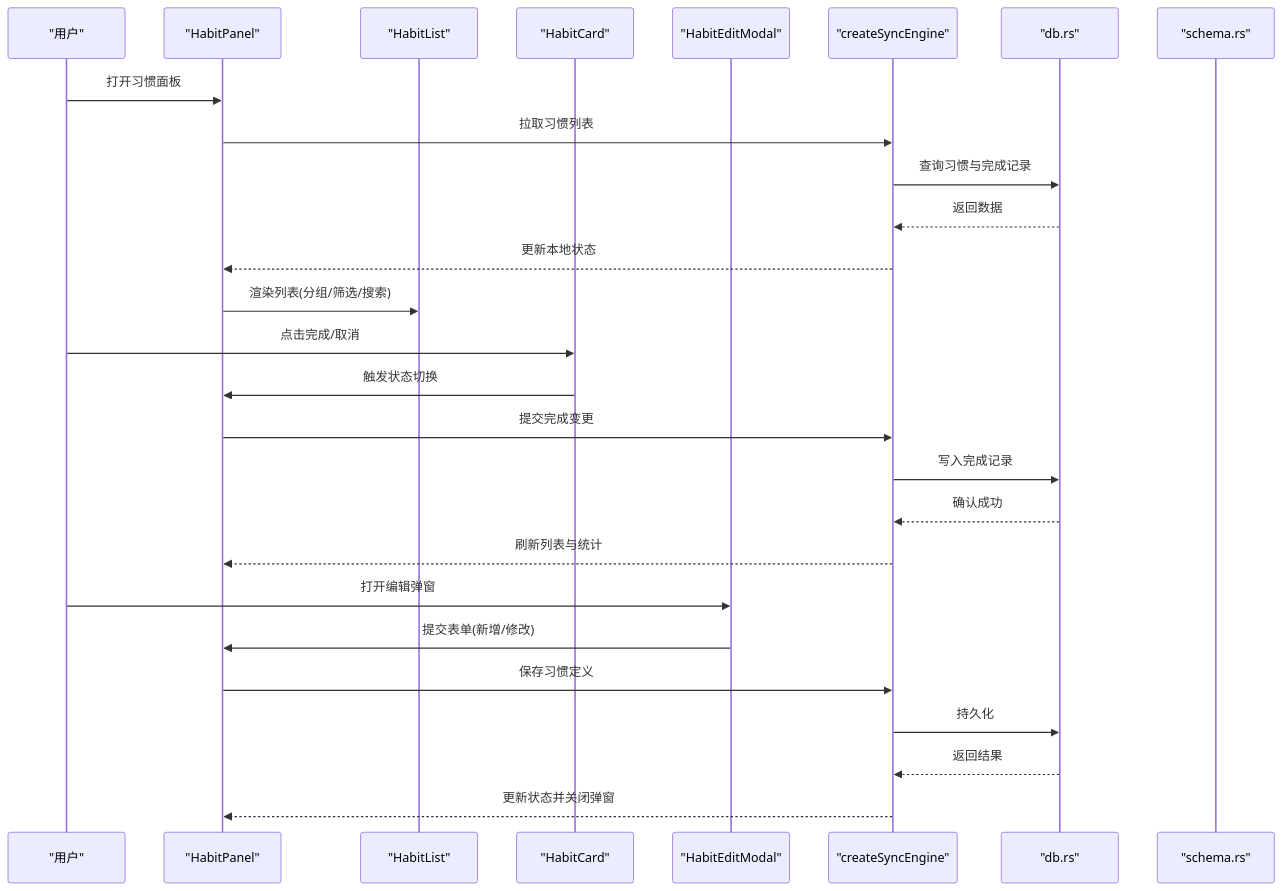
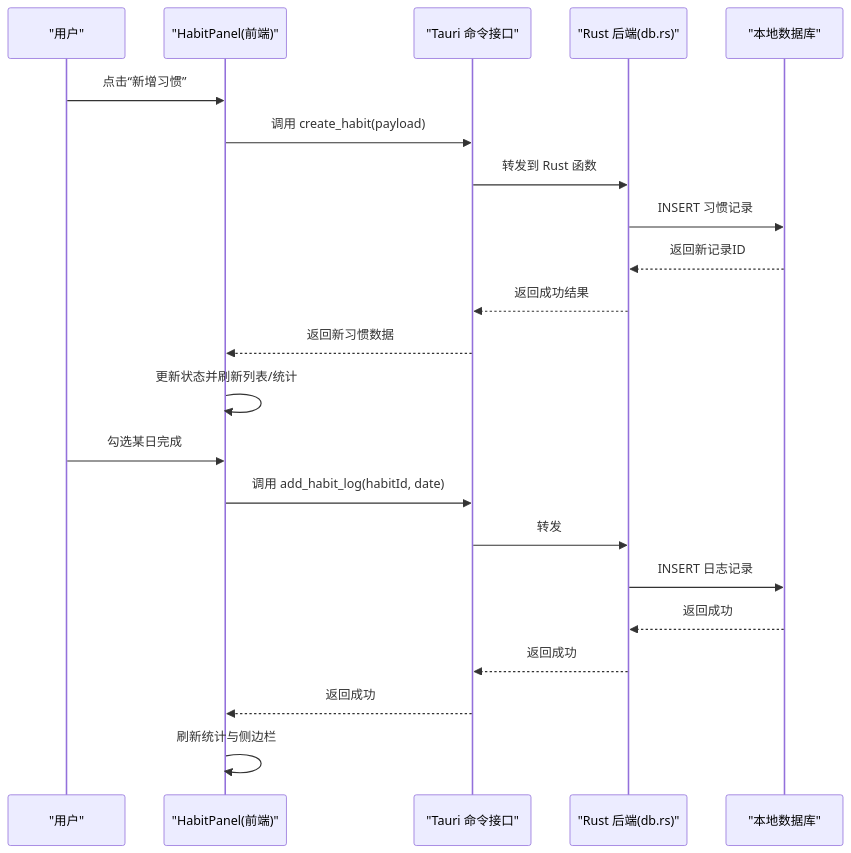
The second of 7 diagrams in .qoder/repowiki/zh/content/核心功能模块/习惯追踪系统.md (gzdxhujiale/FishWorker), drawn with Mermaid before and after one commit. The commit also changed other lines of this file and 238 other files, not shown here.

````diff
--- a/.qoder/repowiki/zh/content/核心功能模块/习惯追踪系统.md
+++ b/.qoder/repowiki/zh/content/核心功能模块/习惯追踪系统.md
@@ -116,29 +126,24 @@
 ```mermaid
 sequenceDiagram
 participant U as "用户"
-participant P as "HabitPanel"
-participant L as "HabitList"
-participant C as "HabitCard"
-participant M as "HabitEditModal"
-participant S as "createSyncEngine"
-participant D as "db.rs"
-participant R as "schema.rs"
-U->>P : 打开习惯面板
-P->>S : 拉取习惯列表
-S->>D : 查询习惯与完成记录
-D-->>S : 返回数据
-S-->>P : 更新本地状态
-P->>L : 渲染列表(分组/筛选/搜索)
-U->>C : 点击完成/取消
-C->>P : 触发状态切换
-P->>S : 提交完成变更
-S->>D : 写入完成记录
-D-->>S : 确认成功
-S-->>P : 刷新列表与统计
-U->>M : 打开编辑弹窗
-M->>P : 提交表单(新增/修改)
-P->>S : 保存习惯定义
-S->>D : 持久化
-D-->>S : 返回结果
-S-->>P : 更新状态并关闭弹窗
+participant FE as "HabitPanel(前端)"
+participant CMD as "Tauri 命令接口"
+participant RS as "Rust 后端(db.rs)"
+participant DB as "本地数据库"
+U->>FE : 点击“新增习惯”
+FE->>CMD : 调用 create_habit(payload)
+CMD->>RS : 转发到 Rust 函数
+RS->>DB : INSERT 习惯记录
+DB-->>RS : 返回新记录ID
+RS-->>CMD : 返回成功结果
+CMD-->>FE : 返回新习惯数据
+FE->>FE : 更新状态并刷新列表/统计
+U->>FE : 勾选某日完成
+FE->>CMD : 调用 add_habit_log(habitId, date)
+CMD->>RS : 转发
+RS->>DB : INSERT 日志记录
+DB-->>RS : 返回成功
+RS-->>CMD : 返回成功
+CMD-->>FE : 返回成功
+FE->>FE : 刷新统计与侧边栏
 ```
````
